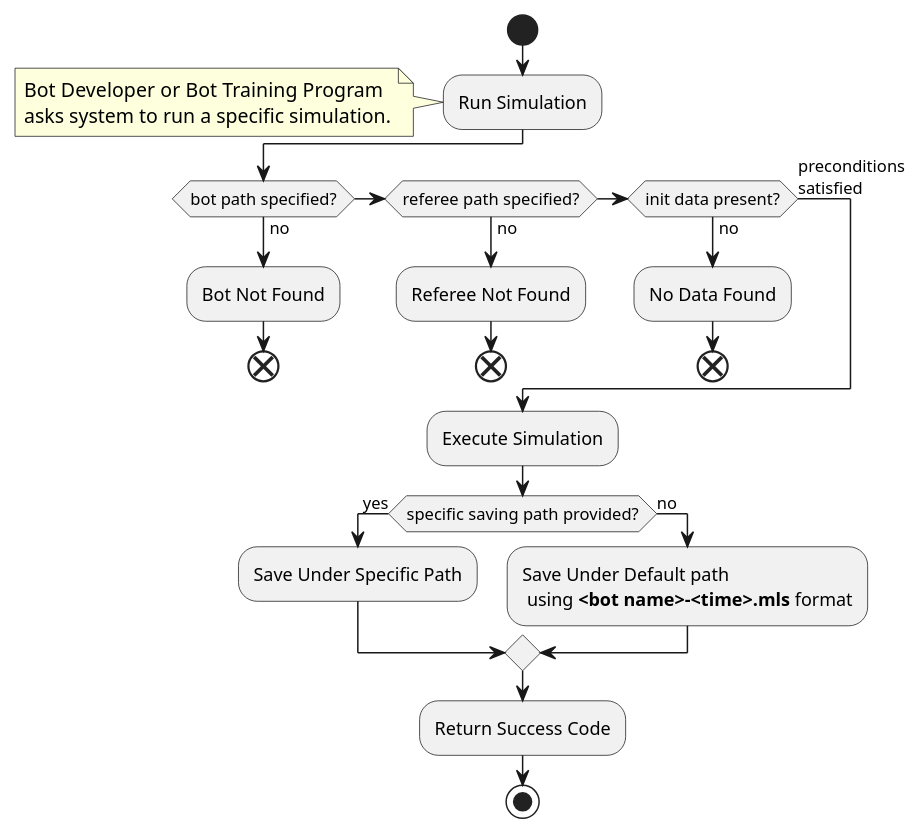
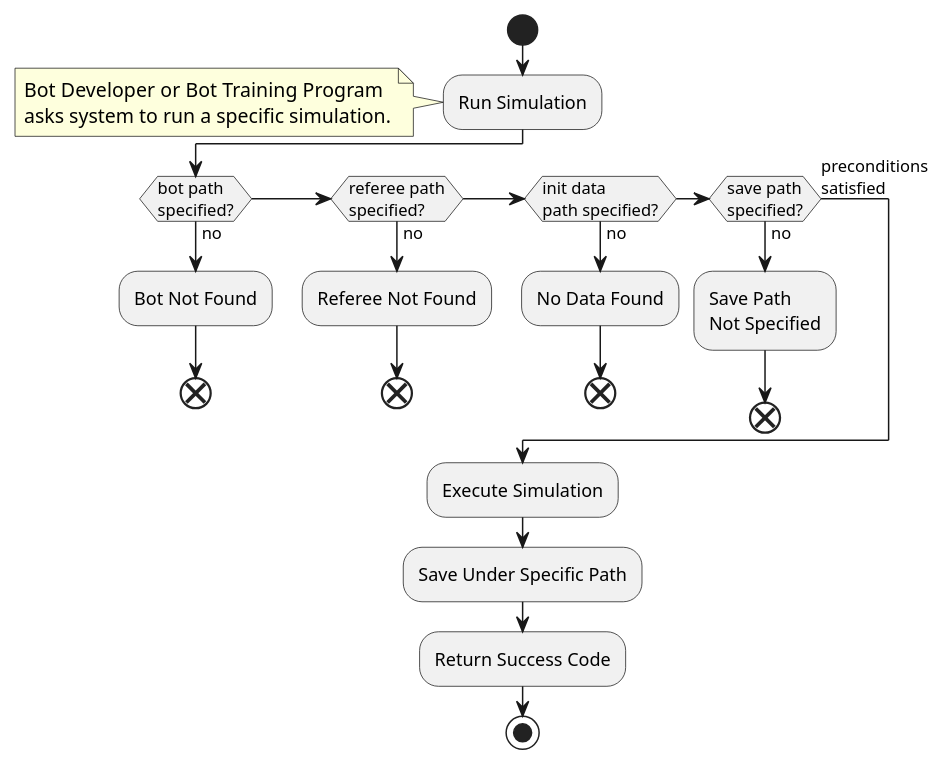
Before and after one commit to vduseev/mars-lander: the diagram in documentation/requirements/user_requirements/uc_1/uc_1_flow.puml, drawn with PlantUML. The commit also changed 1 other file, not shown here.

Commit message:
Updated flow diagram for use case run simulation.

```diff
--- a/documentation/requirements/user_requirements/uc_1/uc_1_flow.puml
+++ b/documentation/requirements/user_requirements/uc_1/uc_1_flow.puml
@@ -1,33 +1,32 @@
 @startuml
 
 start
 
 :Run Simulation;
 note left
   Bot Developer or Bot Training Program
   asks system to run a specific simulation.
 end note
 
-if (bot path specified?) then (no)
+if (bot path\nspecified?) then (no)
   :Bot Not Found;
   end
-elseif (referee path specified?) then (no)
+elseif (referee path\nspecified?) then (no)
   :Referee Not Found;
   end
-elseif (init data present?) then (no)
+elseif (init data\npath specified?) then (no)
   :No Data Found;
   end
+elseif (save path\nspecified?) then (no)
+  :Save Path
+  Not Specified;
+   end
 else (preconditions\nsatisfied)
 endif
 :Execute Simulation;
-if (specific saving path provided?) then (yes)
-  :Save Under Specific Path;
-else (no)
-  :Save Under Default path
-   using **<bot name>-<time>.mls** format;
-endif
+:Save Under Specific Path;
 :Return Success Code;
 
 stop
 
 @enduml
```
